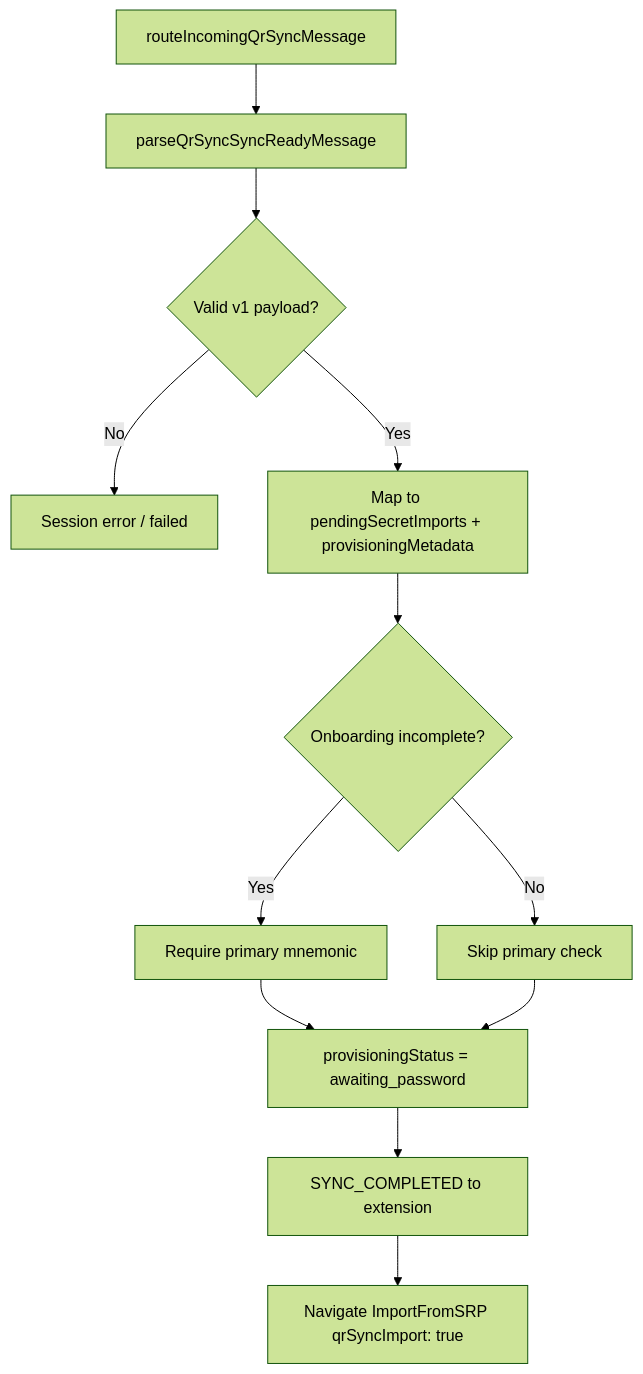
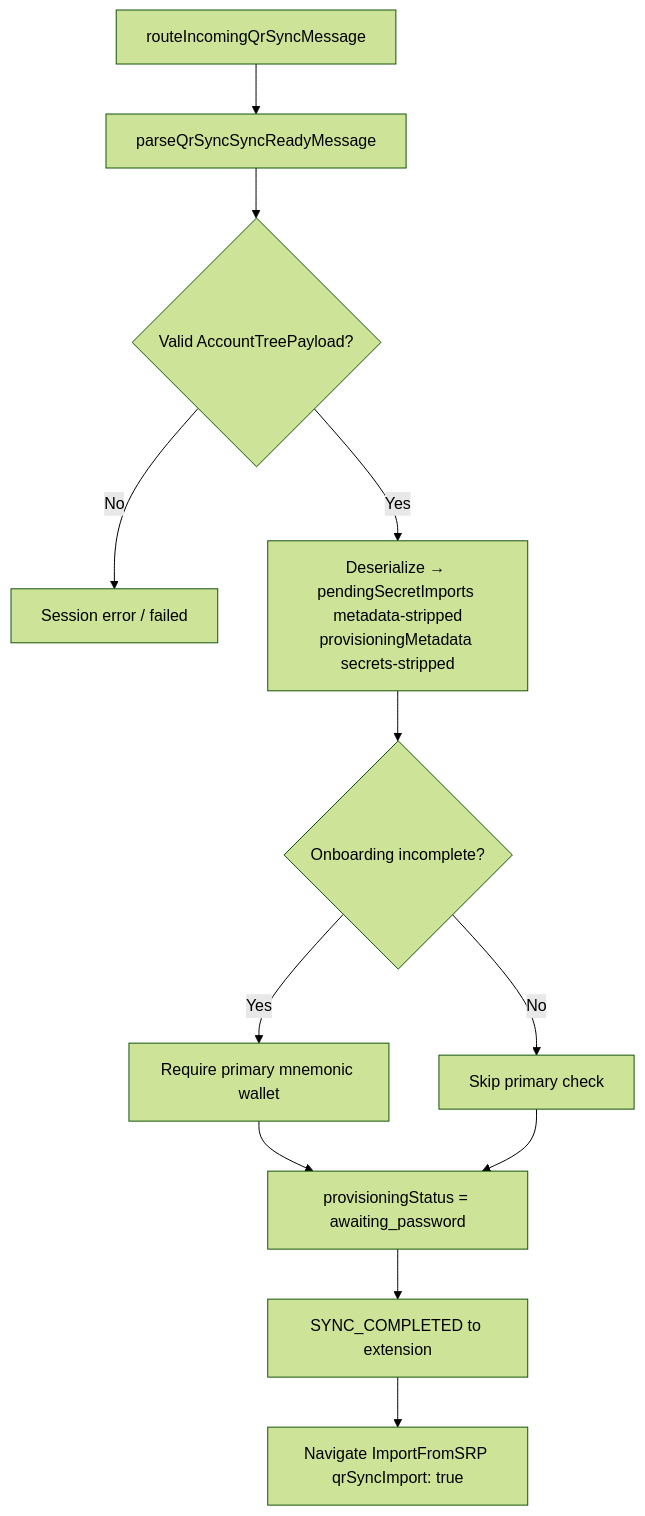
The second of 4 diagrams in docs/qr-sync/provisioning-technical.md (MetaMask/metamask-mobile), drawn with Mermaid (forest theme) before and after one commit. The commit also changed other lines of this file and 32 other files, not shown here.

First line of the commit message:
refactor: use `AccountTreeController:importState` in QR sync flow (#34760)

````diff
--- a/docs/qr-sync/provisioning-technical.md
+++ b/docs/qr-sync/provisioning-technical.md
@@ -176,14 +160,14 @@
 ```mermaid
 flowchart TD
     A[routeIncomingQrSyncMessage] --> B[parseQrSyncSyncReadyMessage]
-    B --> C{Valid v1 payload?}
+    B --> C{Valid AccountTreePayload?}
     C -->|No| F[Session error / failed]
-    C -->|Yes| D[Map to pendingSecretImports + provisioningMetadata]
+    C -->|Yes| D[Deserialize → pendingSecretImports metadata-stripped<br/>provisioningMetadata secrets-stripped]
     D --> E{Onboarding incomplete?}
-    E -->|Yes| G[Require primary mnemonic]
+    E -->|Yes| G[Require primary mnemonic wallet]
     E -->|No| H[Skip primary check]
     G --> I[provisioningStatus = awaiting_password]
     H --> I
     I --> J[SYNC_COMPLETED to extension]
     J --> K[Navigate ImportFromSRP qrSyncImport: true]
 ```
````
